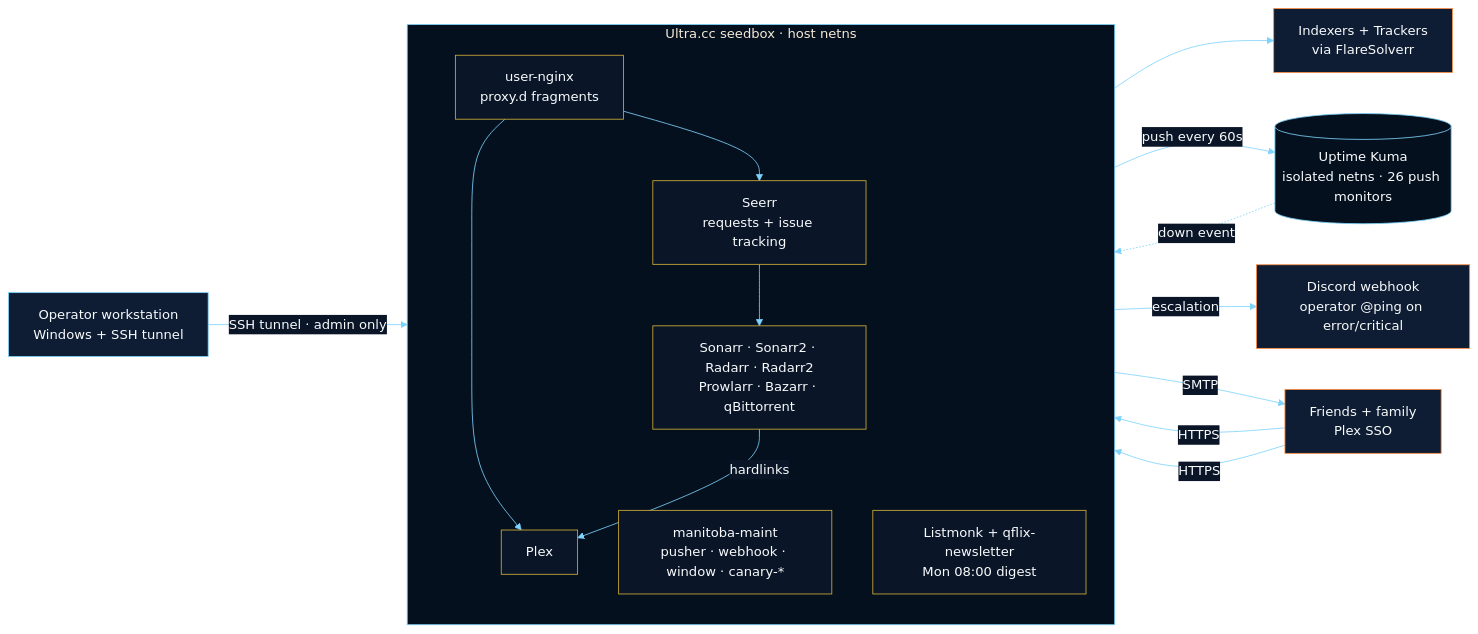
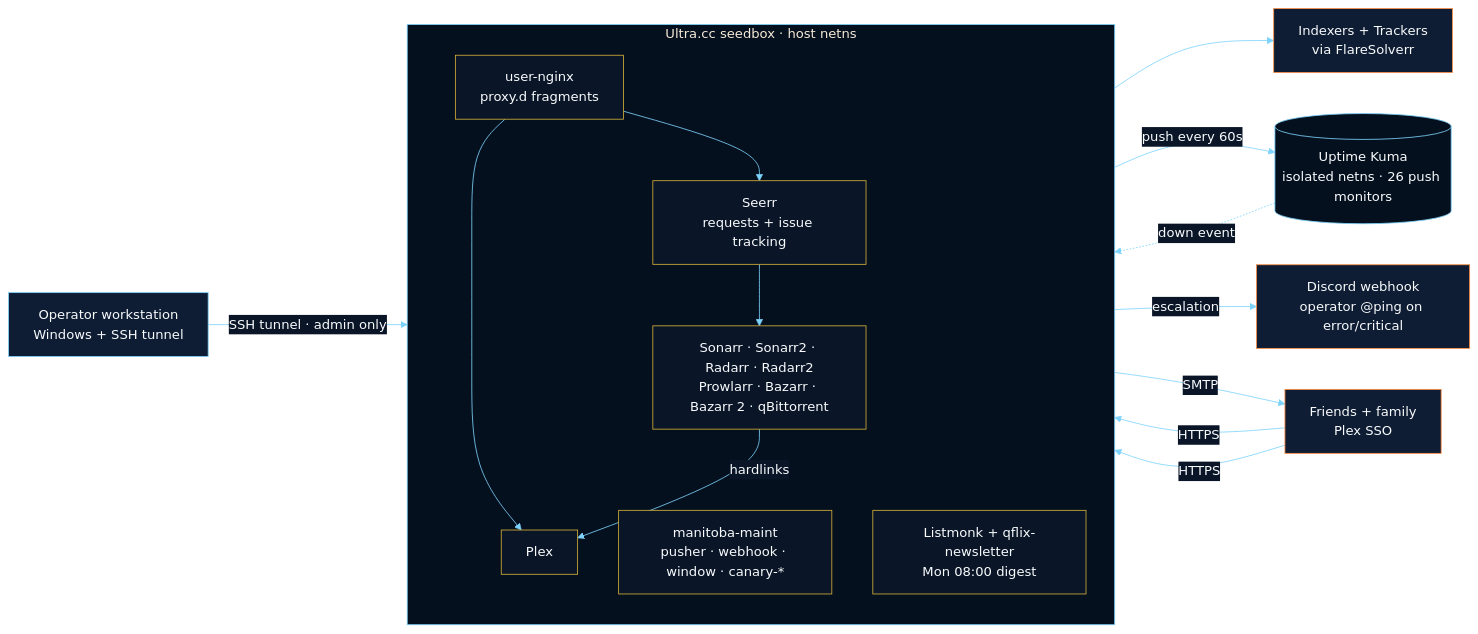
One commit to Quadstronaut/QFlix changed the first of 6 diagrams in README.md. Above: the diagram before and after it, drawn with Mermaid. The commit also changed other lines of this file and 14 other files, not shown here.

````diff
--- a/README.md
+++ b/README.md
@@ -75,35 +75,35 @@
 ```mermaid
 %%{init: {'theme':'base','themeVariables':{'primaryColor':'#0e1d33','primaryTextColor':'#f8fafc','primaryBorderColor':'#ff8c42','lineColor':'#7dd3fc','secondaryColor':'#05101f','tertiaryColor':'#0a1628','clusterBkg':'#05101f','clusterBorder':'#7dd3fc','edgeLabelBackground':'#0a1628','fontFamily':'Segoe UI, Roboto, sans-serif'}}}%%
 flowchart LR
   classDef ext fill:#0e1d33,stroke:#ff8c42,color:#f8fafc
   classDef user fill:#0e1d33,stroke:#7dd3fc,color:#f8fafc
   classDef seedbox fill:#0a1628,stroke:#d4af37,color:#f8fafc
   classDef kuma fill:#05101f,stroke:#7dd3fc,color:#f8fafc
 
   user[Operator workstation<br/>Windows + SSH tunnel]:::user
   friends[Friends + family<br/>Plex SSO]:::ext
   ext[Indexers + Trackers<br/>via FlareSolverr]:::ext
 
   subgraph SB[Ultra.cc seedbox · host netns]
     direction TB
     nginx[user-nginx<br/>proxy.d fragments]:::seedbox
     plex[Plex]:::seedbox
-    arr[Sonarr · Sonarr2 · Radarr · Radarr2<br/>Prowlarr · Bazarr · qBittorrent]:::seedbox
+    arr[Sonarr · Sonarr2 · Radarr · Radarr2<br/>Prowlarr · Bazarr · Bazarr 2 · qBittorrent]:::seedbox
     requests[Seerr<br/>requests + issue tracking]:::seedbox
     maint[manitoba-maint<br/>pusher · webhook · window · canary-*]:::seedbox
     comms[Listmonk + qflix-newsletter<br/>Mon 08:00 digest]:::seedbox
   end
 
   kuma[(Uptime Kuma<br/>isolated netns · 26 push monitors)]:::kuma
   discord[Discord webhook<br/>operator @ping on error/critical]:::ext
 
   friends -->|HTTPS| nginx --> plex
   friends -->|HTTPS| nginx --> requests
   requests --> arr --> ext
   arr -->|hardlinks| plex
   user -->|SSH tunnel · admin only| arr
   maint -->|push every 60s| kuma
   kuma -.->|down event| maint
   maint -->|escalation| discord
   comms -->|SMTP| friends
 ```
````
